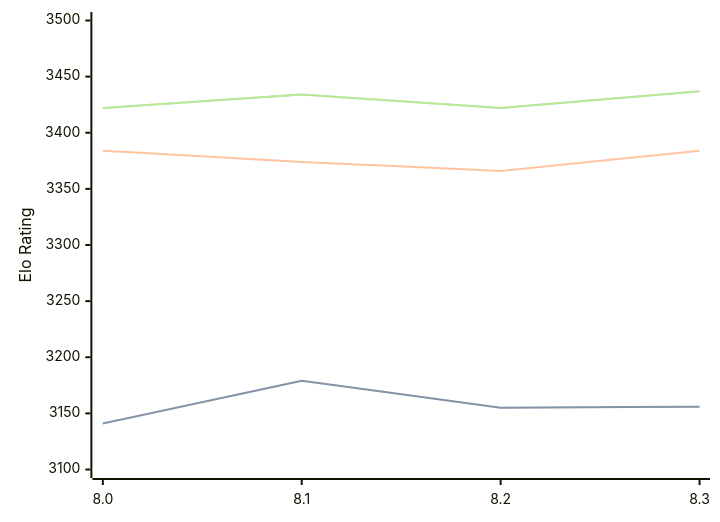
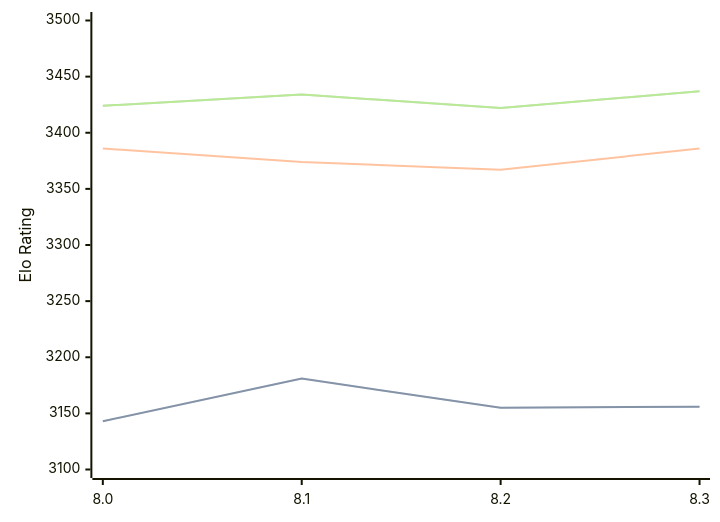
The diagram in engines/Alexander.md (computer-chess-index/cci), drawn with Mermaid before and after one commit. The commit also changed other lines of this file, not shown here.

Commit message:
Update CCI Ratings (ELO VLTC) - 2026-09-16

````diff
--- a/engines/Alexander.md
+++ b/engines/Alexander.md
@@ -34,11 +34,11 @@
 ```mermaid
 %%{init: {"theme":"base","themeVariables":{"seriesColors:['#a3a3a3','#222221','#faa371']}}}%%
 xychart-beta
   x-axis ["8.0", "8.1", "8.2", "8.3"]
   y-axis "Elo Rating" 3100 --> 3500
-  line "" [3141, 3179, 3155, 3156]
-  line "STC (8.0+0.08s)" [3141, 3179, 3155, 3156]
-  line "LTC (60.0+0.60s)" [3384, 3374, 3366, 3384]
-  line "" [3422, 3434, 3422, 3437]
-  line "VLTC (2m24s+1.12s)" [3422, 3434, 3422, 3437]
+  line "" [3143, 3181, 3155, 3156]
+  line "STC (8.0+0.08s)" [3143, 3181, 3155, 3156]
+  line "LTC (60.0+0.60s)" [3386, 3374, 3367, 3386]
+  line "" [3424, 3434, 3422, 3437]
+  line "VLTC (2m24s+1.12s)" [3424, 3434, 3422, 3437]
 ```
````
